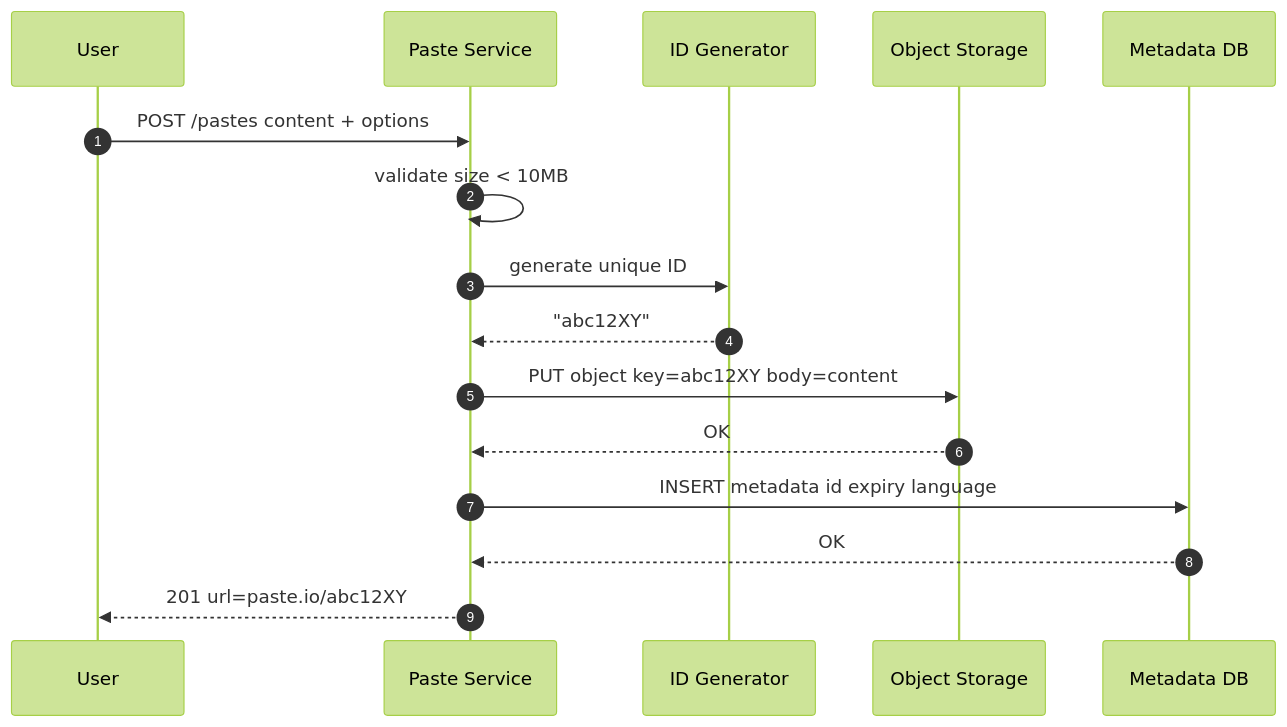
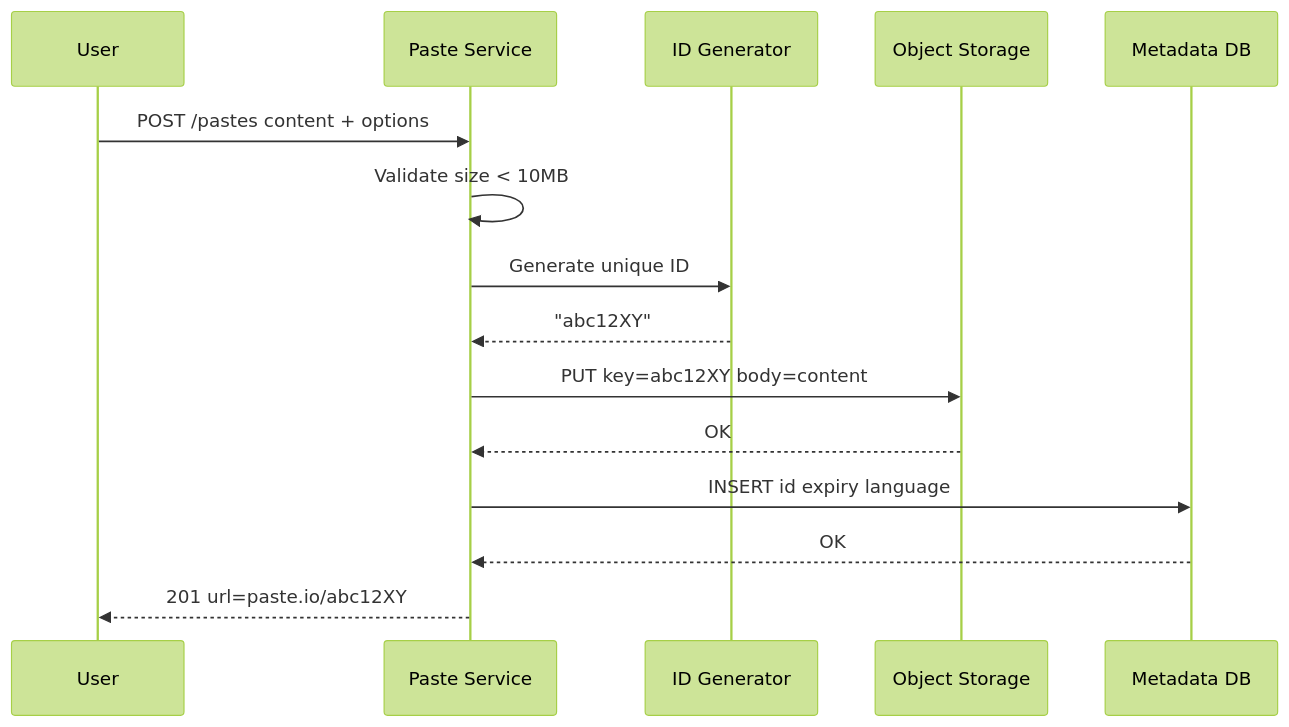
Before and after one commit to iluzn/HLD-Designs: the fifth of 7 diagrams in content/hld/Pastebin.md, drawn with Mermaid (forest theme). The commit also changed other lines of this file and 1 other file, not shown here.

````diff
--- a/content/hld/Pastebin.md
+++ b/content/hld/Pastebin.md
@@ -171,19 +274,18 @@
 ```mermaid
 sequenceDiagram
-    autonumber
     participant U as User
     participant API as Paste Service
     participant ID as ID Generator
     participant S3 as Object Storage
     participant DB as Metadata DB
 
     U->>API: POST /pastes content + options
-    API->>API: validate size < 10MB
-    API->>ID: generate unique ID
+    API->>API: Validate size < 10MB
+    API->>ID: Generate unique ID
     ID-->>API: "abc12XY"
-    API->>S3: PUT object key=abc12XY body=content
+    API->>S3: PUT key=abc12XY body=content
     S3-->>API: OK
-    API->>DB: INSERT metadata id expiry language
+    API->>DB: INSERT id expiry language
     DB-->>API: OK
     API-->>U: 201 url=paste.io/abc12XY
 ```
````
